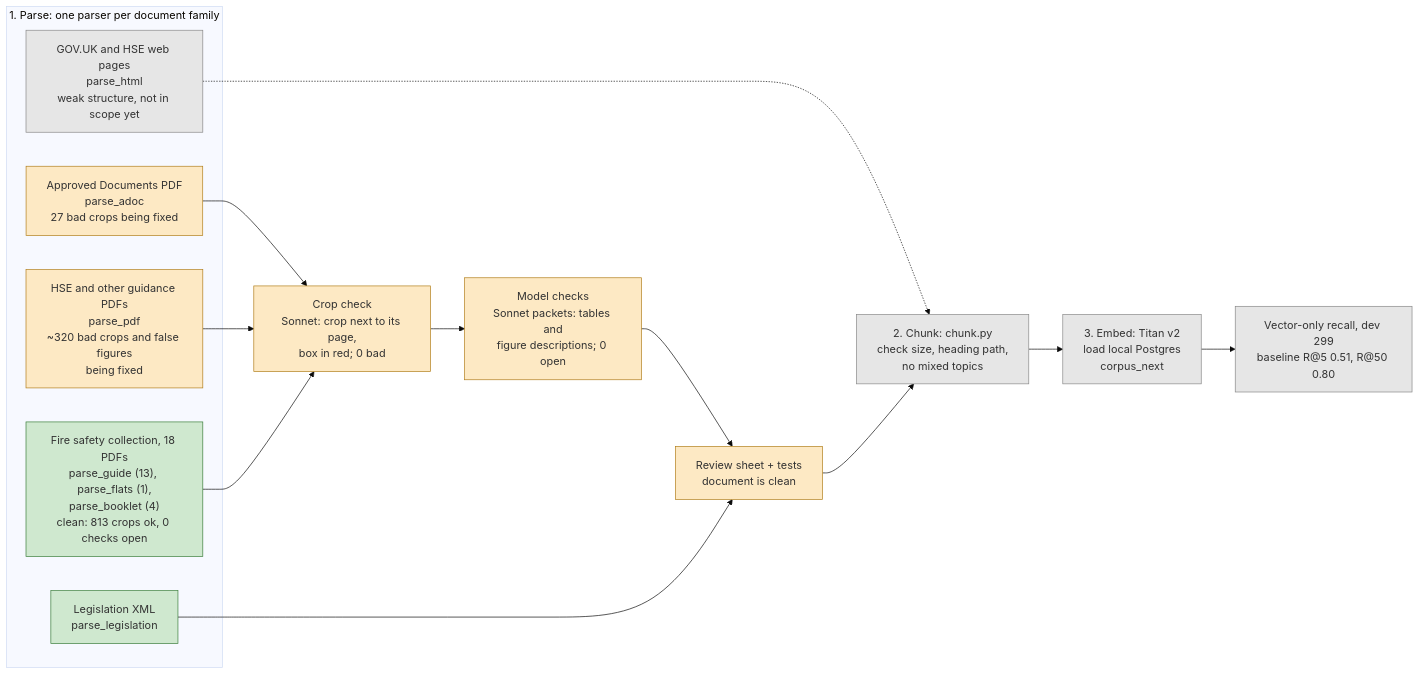
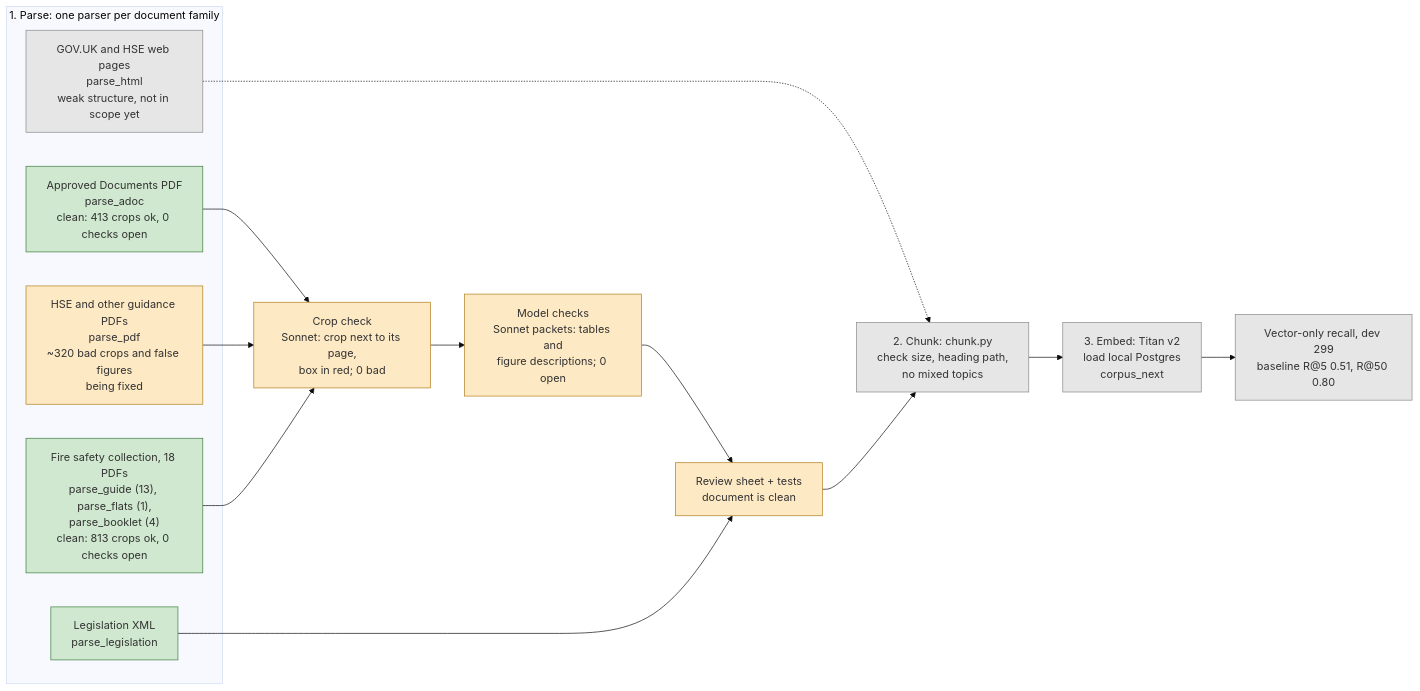
The diagram in evals/PLAN.md (florinmarcus/builders_lab), drawn with Mermaid (base theme) before and after one commit. The commit also changed other lines of this file, not shown here.

Commit message:
Evals plan: Approved Documents clean
Claude-Session: https://claude.ai/code/session_01F8Dg4SJD25CJrt8sDTyUaT

````diff
--- a/evals/PLAN.md
+++ b/evals/PLAN.md
@@ -32,26 +32,26 @@
 ```mermaid
 flowchart LR
     subgraph parse["1. Parse: one parser per document family"]
         leg["Legislation XML<br/>parse_legislation"]:::done
-        adoc["Approved Documents PDF<br/>parse_adoc<br/>27 bad crops being fixed"]:::wip
+        adoc["Approved Documents PDF<br/>parse_adoc<br/>clean: 413 crops ok, 0 checks open"]:::done
         hse["HSE and other guidance PDFs<br/>parse_pdf<br/>~320 bad crops and false figures<br/>being fixed"]:::wip
         guide["Fire safety collection, 18 PDFs<br/>parse_guide (13), parse_flats (1),<br/>parse_booklet (4)<br/>clean: 813 crops ok, 0 checks open"]:::done
         html["GOV.UK and HSE web pages<br/>parse_html<br/>weak structure, not in scope yet"]:::todo
     end
     crop["Crop check<br/>Sonnet: crop next to its page,<br/>box in red; 0 bad"]:::wip
     mc["Model checks<br/>Sonnet packets: tables and<br/>figure descriptions; 0 open"]:::wip
     rev["Review sheet + tests<br/>document is clean"]:::wip
     chunk["2. Chunk: chunk.py<br/>check size, heading path,<br/>no mixed topics"]:::todo
     emb["3. Embed: Titan v2<br/>load local Postgres<br/>corpus_next"]:::todo
     rec["Vector-only recall, dev 299<br/>baseline R@5 0.51, R@50 0.80"]:::todo
     adoc --> crop
     hse --> crop
     guide --> crop
     crop --> mc --> rev
     leg --> rev
     html -.-> chunk
     rev --> chunk --> emb --> rec
     classDef done fill:#cfe8cf,stroke:#3a7d3a
     classDef wip fill:#fde9c4,stroke:#b07d1a
     classDef todo fill:#e6e6e6,stroke:#888
 ```
````
